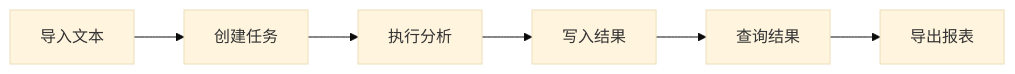
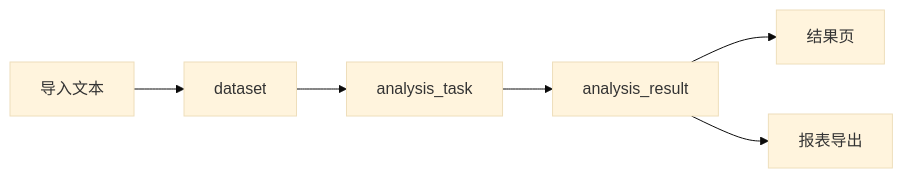
Before and after one commit to juemimgcd/sentiFlow: the second of 18 diagrams in steps/day1-day15-summary.md, drawn with Mermaid (base theme). The commit also changed other lines of this file and 2 other files, not shown here.

````diff
--- a/steps/day1-day15-summary.md
+++ b/steps/day1-day15-summary.md
@@ -64,8 +90,8 @@
 ```mermaid
 flowchart LR
-    A[导入文本] --> B[创建任务]
-    B --> C[执行分析]
-    C --> D[写入结果]
-    D --> E[查询结果]
-    E --> F[导出报表]
+    A[导入文本] --> B[dataset]
+    B --> C[analysis_task]
+    C --> D[analysis_result]
+    D --> E[结果页]
+    D --> F[报表导出]
 ```
````
